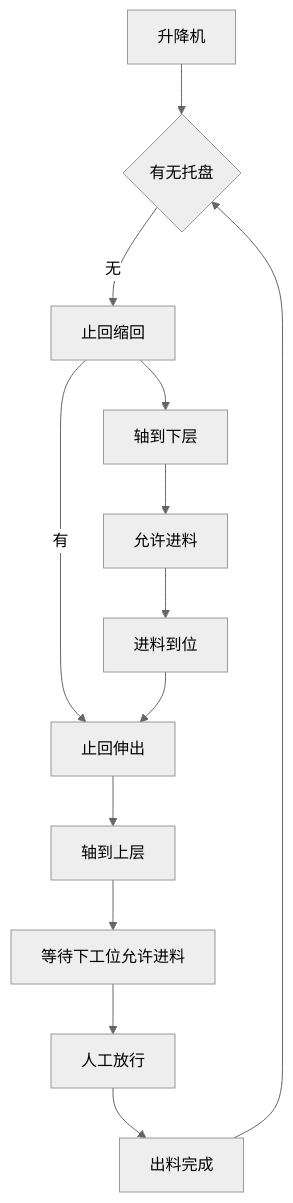
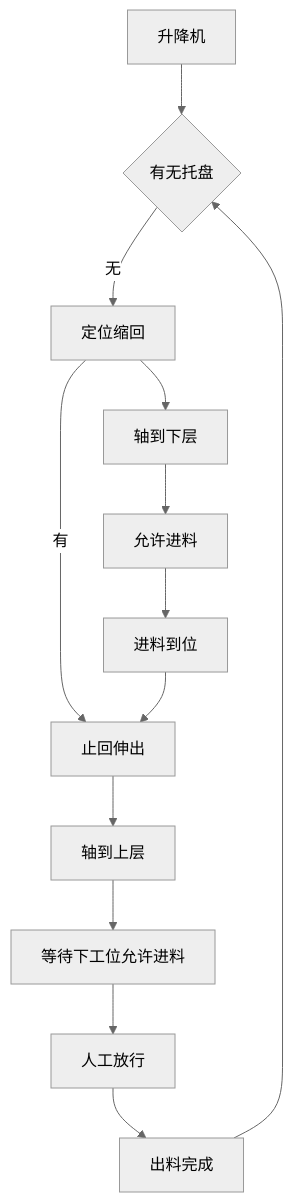
One commit to PengKun1/iodraw-files changed the diagram in all/升降台.md. Above: the diagram before and after it, drawn with Mermaid (neutral theme).

Commit message:
2024-12-23 10:22:32 update

````diff
--- a/all/升降台.md
+++ b/all/升降台.md
@@ -1,16 +1,17 @@
 ```mermaid
 graph TD
 0[升降机]-->10
 10{有无托盘}-->|无|20
 20-->|有|60
 20[止回缩回]-->30
+20[定位缩回]
 30[轴到下层]-->40
 40[允许进料]-->50
 50[进料到位]-->60
 60[止回伸出]-->70
 
 70[轴到上层]-->80
 80[等待下工位允许进料]-->90
 90[人工放行]-->100
 100[出料完成]-->10
 ```
````
